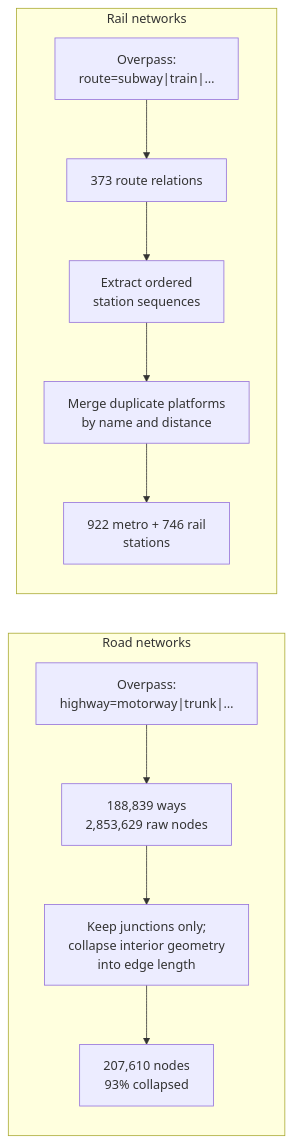
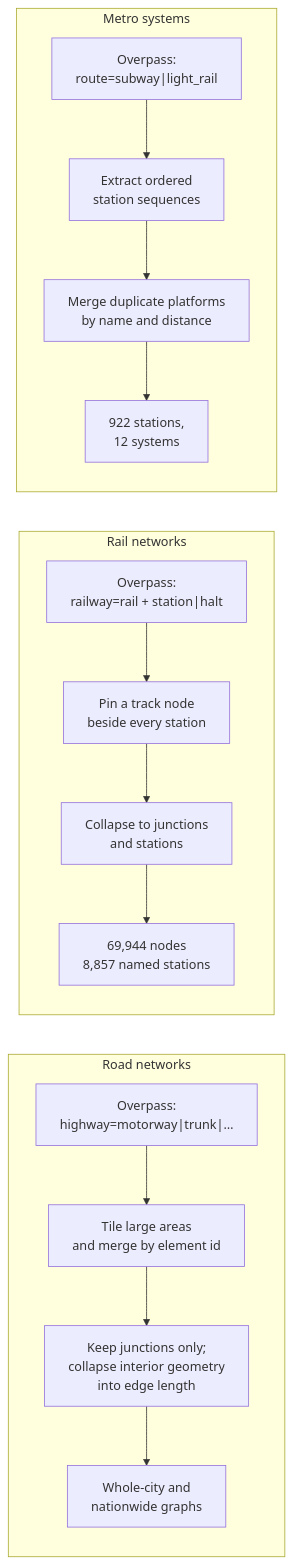
The third of 3 diagrams in README.md (adarshcod30/Adaptive-Graph-Search-Suite), drawn with Mermaid before and after one commit. The commit also changed other lines of this file and 7 other files, not shown here.

````diff
--- a/README.md
+++ b/README.md
@@ -254,14 +349,18 @@
 ```mermaid
 flowchart LR
     subgraph Roads["Road networks"]
-        A1["Overpass:<br/>highway=motorway|trunk|…"] --> A2["188,839 ways<br/>2,853,629 raw nodes"]
+        A1["Overpass:<br/>highway=motorway|trunk|…"] --> A2["Tile large areas<br/>and merge by element id"]
         A2 --> A3["Keep junctions only;<br/>collapse interior geometry<br/>into edge length"]
-        A3 --> A4["207,610 nodes<br/>93% collapsed"]
+        A3 --> A4["Whole-city and<br/>nationwide graphs"]
     end
     subgraph Rail["Rail networks"]
-        B1["Overpass:<br/>route=subway|train|…"] --> B2["373 route relations"]
-        B2 --> B3["Extract ordered<br/>station sequences"]
-        B3 --> B4["Merge duplicate platforms<br/>by name and distance"]
-        B4 --> B5["922 metro + 746 rail<br/>stations"]
+        B1["Overpass:<br/>railway=rail + station|halt"] --> B2["Pin a track node<br/>beside every station"]
+        B2 --> B3["Collapse to junctions<br/>and stations"]
+        B3 --> B4["69,944 nodes<br/>8,857 named stations"]
+    end
+    subgraph Metro["Metro systems"]
+        C1["Overpass:<br/>route=subway|light_rail"] --> C2["Extract ordered<br/>station sequences"]
+        C2 --> C3["Merge duplicate platforms<br/>by name and distance"]
+        C3 --> C4["922 stations,<br/>12 systems"]
     end
 ```
````
